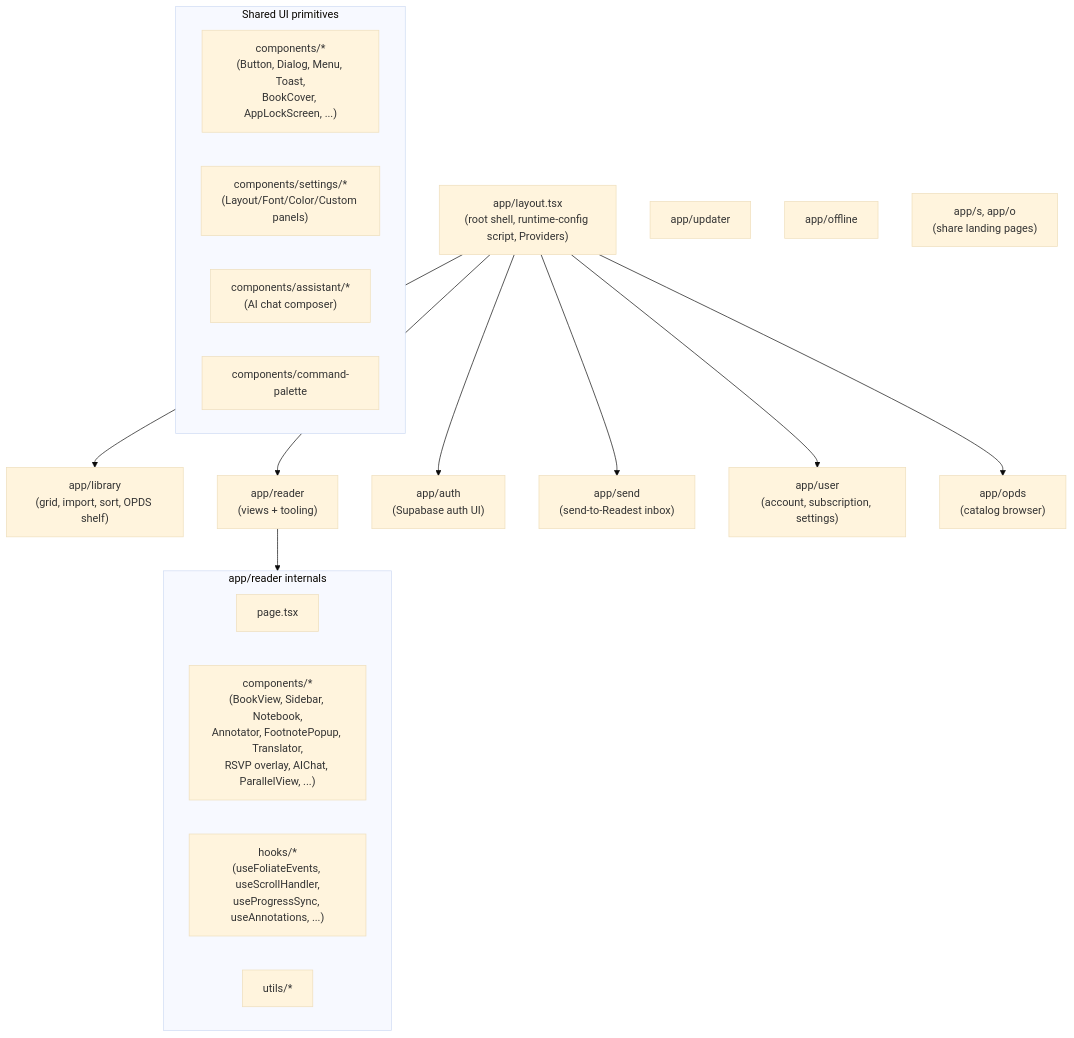
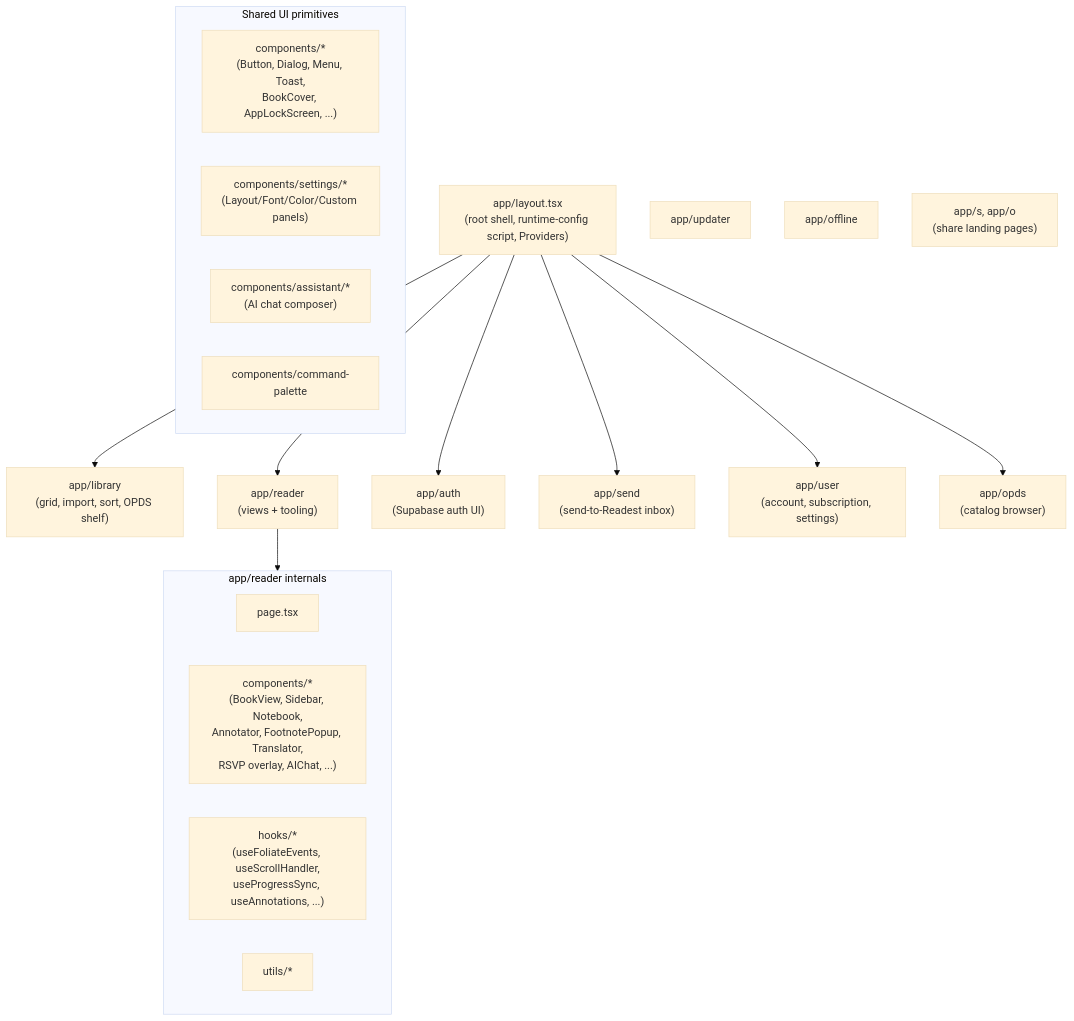
One commit to bfzds/readest-local changed the third of 5 diagrams in apps/readest-app/docs/architecture.md. Above: the diagram before and after it, drawn with Mermaid (base theme). The commit also changed other lines of this file and 47 other files, not shown here.

````diff
--- a/apps/readest-app/docs/architecture.md
+++ b/apps/readest-app/docs/architecture.md
@@ -164,35 +164,35 @@
 ```mermaid
 flowchart TB
     Layout["app/layout.tsx<br/>(root shell, runtime-config script, Providers)"]
     Library["app/library<br/>(grid, import, sort, OPDS shelf)"]
     Reader["app/reader<br/>(views + tooling)"]
     Auth["app/auth<br/>(Supabase auth UI)"]
     Send["app/send<br/>(send-to-Readest inbox)"]
     User["app/user<br/>(account, subscription, settings)"]
     Updater["app/updater"]
     Offline["app/offline"]
     OPDS["app/opds<br/>(catalog browser)"]
     Share["app/s, app/o<br/>(share landing pages)"]
 
     Layout --> Library
     Layout --> Reader
     Layout --> Auth
     Layout --> Send
     Layout --> User
     Layout --> OPDS
 
     subgraph ReaderInternals["app/reader internals"]
         ReaderPage["page.tsx"]
-        ReaderComps["components/*<br/>(BookView, Sidebar, Notebook,<br/>Annotator, FootnotePopup, Translator,<br/>RSVP overlay, AIChat, ParallelView, ...)"]
+        ReaderComps["components/*<br/>(BookView, Sidebar, Notebook,<br/>Annotator, FootnotePopup, Translator,<br/>RSVP overlay, AIChat, ...)"]
         ReaderHooks["hooks/*<br/>(useFoliateEvents, useScrollHandler,<br/>useProgressSync, useAnnotations, ...)"]
         ReaderUtils["utils/*"]
     end
     Reader --> ReaderInternals
 
     subgraph Shared["Shared UI primitives"]
         Components["components/*<br/>(Button, Dialog, Menu, Toast,<br/>BookCover, AppLockScreen, ...)"]
         Settings["components/settings/*<br/>(Layout/Font/Color/Custom panels)"]
         Assistant["components/assistant/*<br/>(AI chat composer)"]
         CmdPalette["components/command-palette"]
     end
 ```
````
